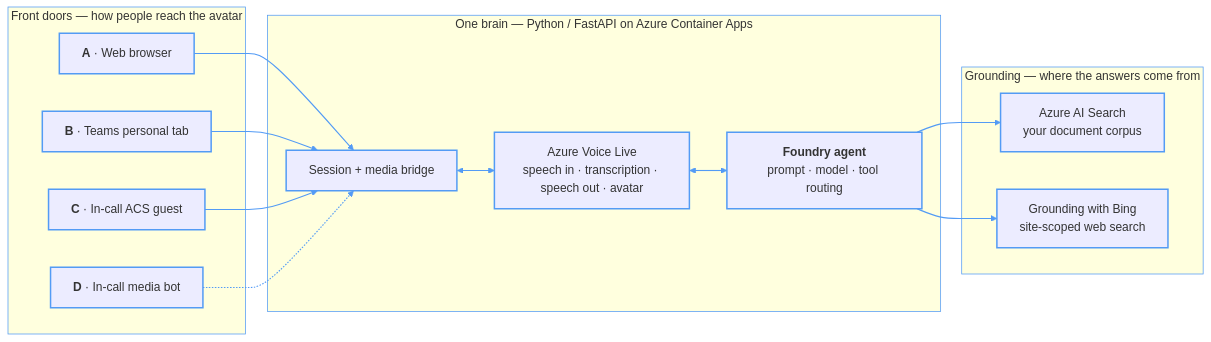
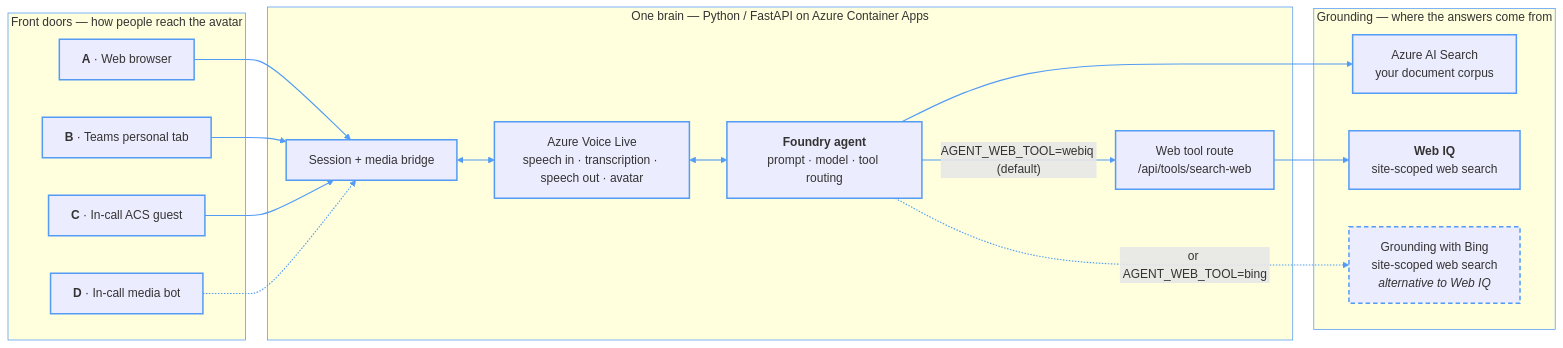
The first of 2 diagrams in README.md (SridharArrabelly/avatar-forge), drawn with Mermaid before and after one commit. The commit also changed other lines of this file and 45 other files, not shown here.

First line of the commit message:
Web IQ as the agent's web tool, and the default for new environments (#148)

````diff
--- a/README.md
+++ b/README.md
@@ -41,37 +41,44 @@
 ```mermaid
 flowchart LR
     subgraph Doors["Front doors — how people reach the avatar"]
         A["<b>A</b> · Web browser"]
         B["<b>B</b> · Teams personal tab"]
         C["<b>C</b> · In-call ACS guest"]
         D["<b>D</b> · In-call media bot"]
     end
 
     subgraph Brain["One brain — Python / FastAPI on Azure Container Apps"]
         API["Session + media bridge"]
         VL["Azure Voice Live<br/>speech in · transcription · speech out · avatar"]
         AG["<b>Foundry agent</b><br/>prompt · model · tool routing"]
+        WT["Web tool route<br/>/api/tools/search-web"]
         API <--> VL
         VL <--> AG
     end
 
     subgraph Ground["Grounding — where the answers come from"]
         S["Azure AI Search<br/>your document corpus"]
-        N["Grounding with Bing<br/>site-scoped web search"]
+        W["<b>Web IQ</b><br/>site-scoped web search"]
+        N["Grounding with Bing<br/>site-scoped web search<br/><i>alternative to Web IQ</i>"]
     end
 
     A --> API
     B --> API
     C --> API
     D -.-> API
     AG --> S
-    AG --> N
+    AG -->|"AGENT_WEB_TOOL=webiq (default)"| WT
+    WT --> W
+    AG -.->|"or AGENT_WEB_TOOL=bing"| N
 
     %% Only the stroke is pinned. Fill and text stay with the renderer's theme,
     %% so this reads correctly in GitHub's light and dark modes alike.
     classDef default stroke:#539bf5,stroke-width:2px
+    %% Dashed: the agent gets Web IQ OR Bing, never both.
+    classDef alternative stroke:#539bf5,stroke-width:2px,stroke-dasharray:6 4
+    class N alternative
     linkStyle default stroke:#539bf5,stroke-width:1.5px
     style Doors stroke:#539bf5
     style Brain stroke:#539bf5
     style Ground stroke:#539bf5
 ```
````
